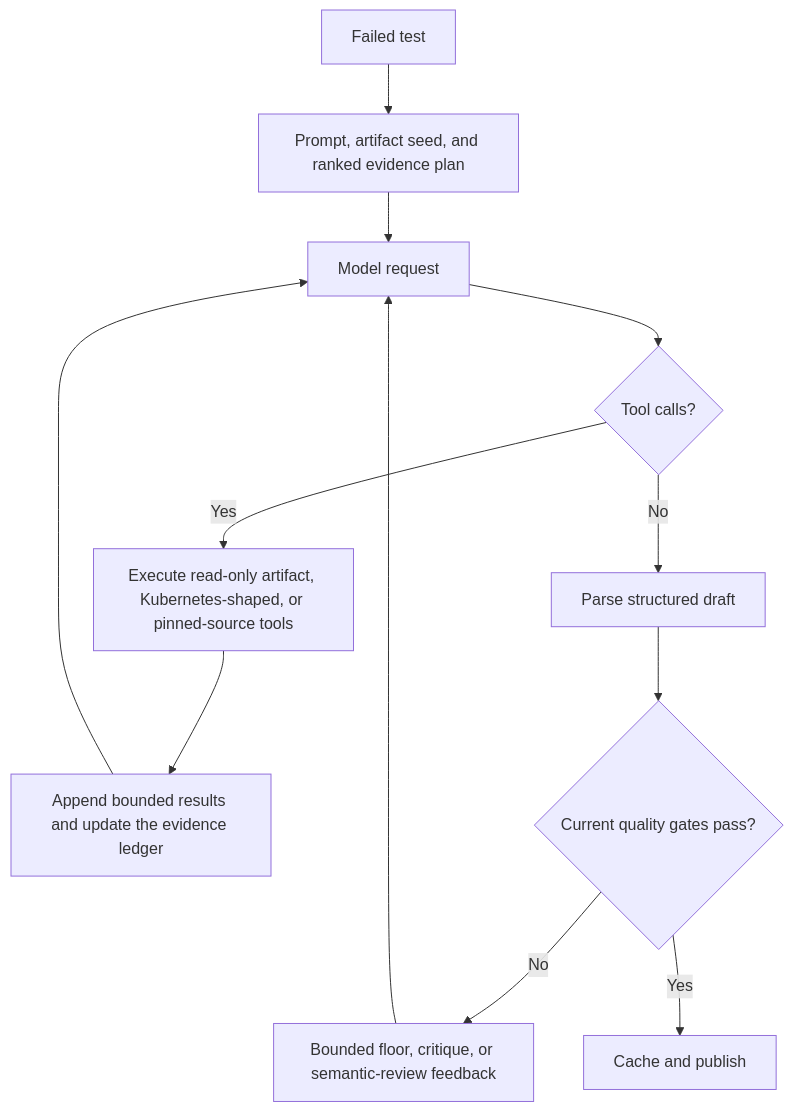
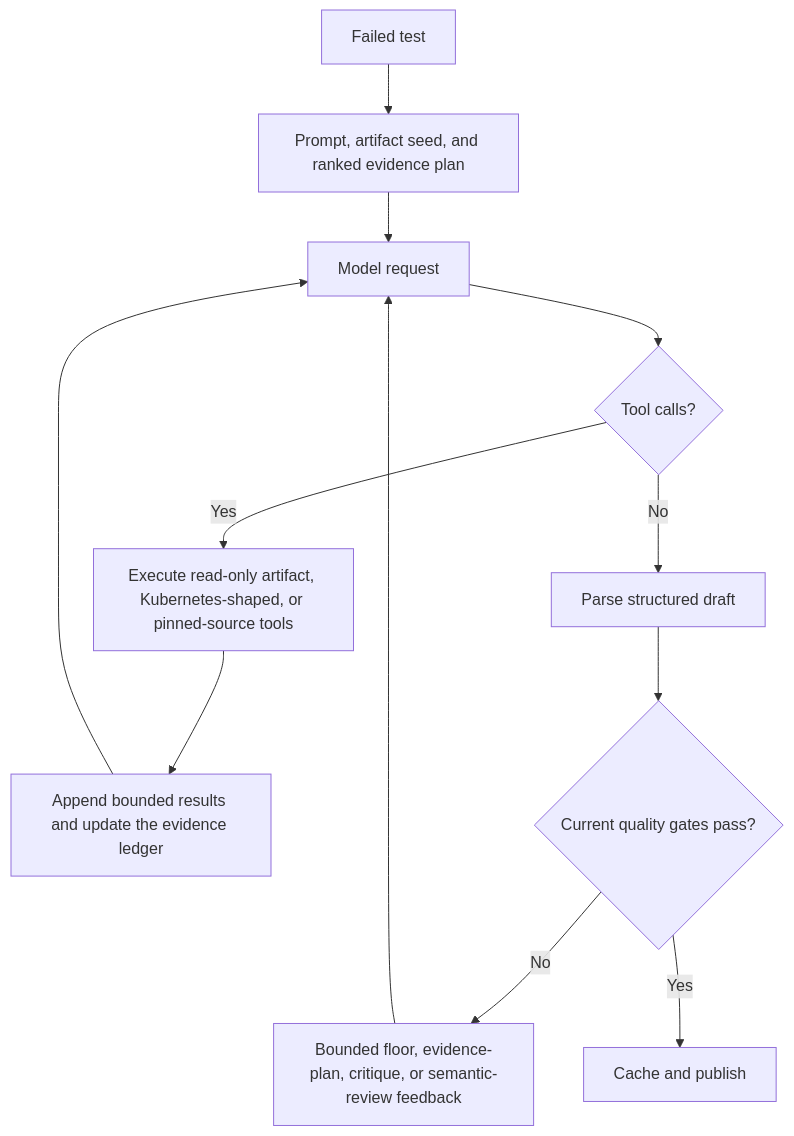
The diagram in docs/agentic.md (willie-yao/aster), drawn with Mermaid before and after one commit. The commit also changed other lines of this file and 7 other files, not shown here.

````diff
--- a/docs/agentic.md
+++ b/docs/agentic.md
@@ -56,14 +56,14 @@
 ```mermaid
 flowchart TD
     A["Failed test"] --> B["Prompt, artifact seed, and ranked evidence plan"]
     B --> C["Model request"]
     C --> D{"Tool calls?"}
     D -->|Yes| E["Execute read-only artifact, Kubernetes-shaped, or pinned-source tools"]
     E --> F["Append bounded results and update the evidence ledger"]
     F --> C
     D -->|No| G["Parse structured draft"]
     G --> H{"Current quality gates pass?"}
-    H -->|No| I["Bounded floor, critique, or semantic-review feedback"]
+    H -->|No| I["Bounded floor, evidence-plan, critique, or semantic-review feedback"]
     I --> C
     H -->|Yes| J["Cache and publish"]
 ```
````
